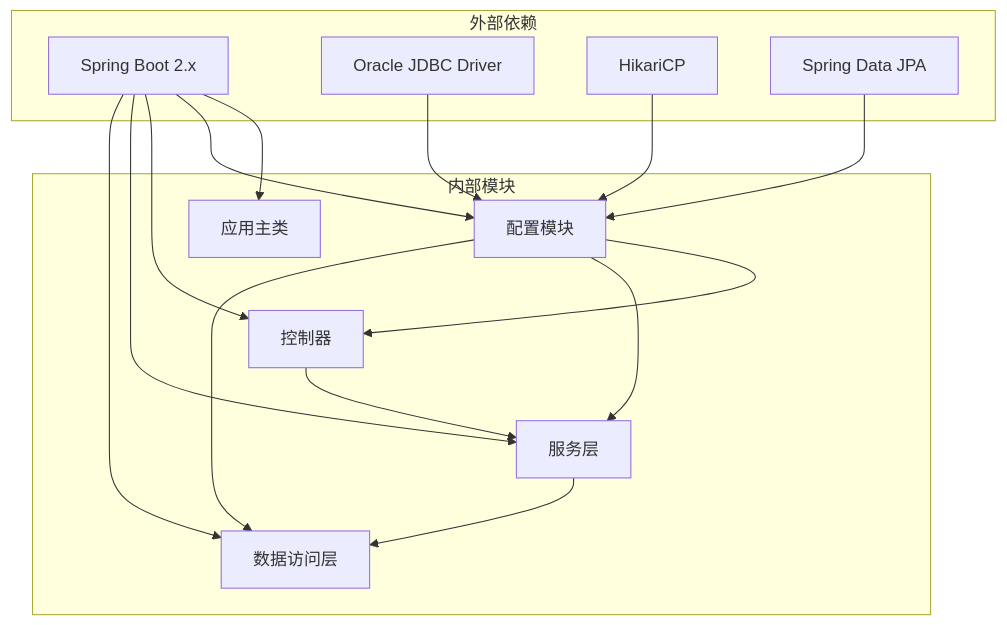
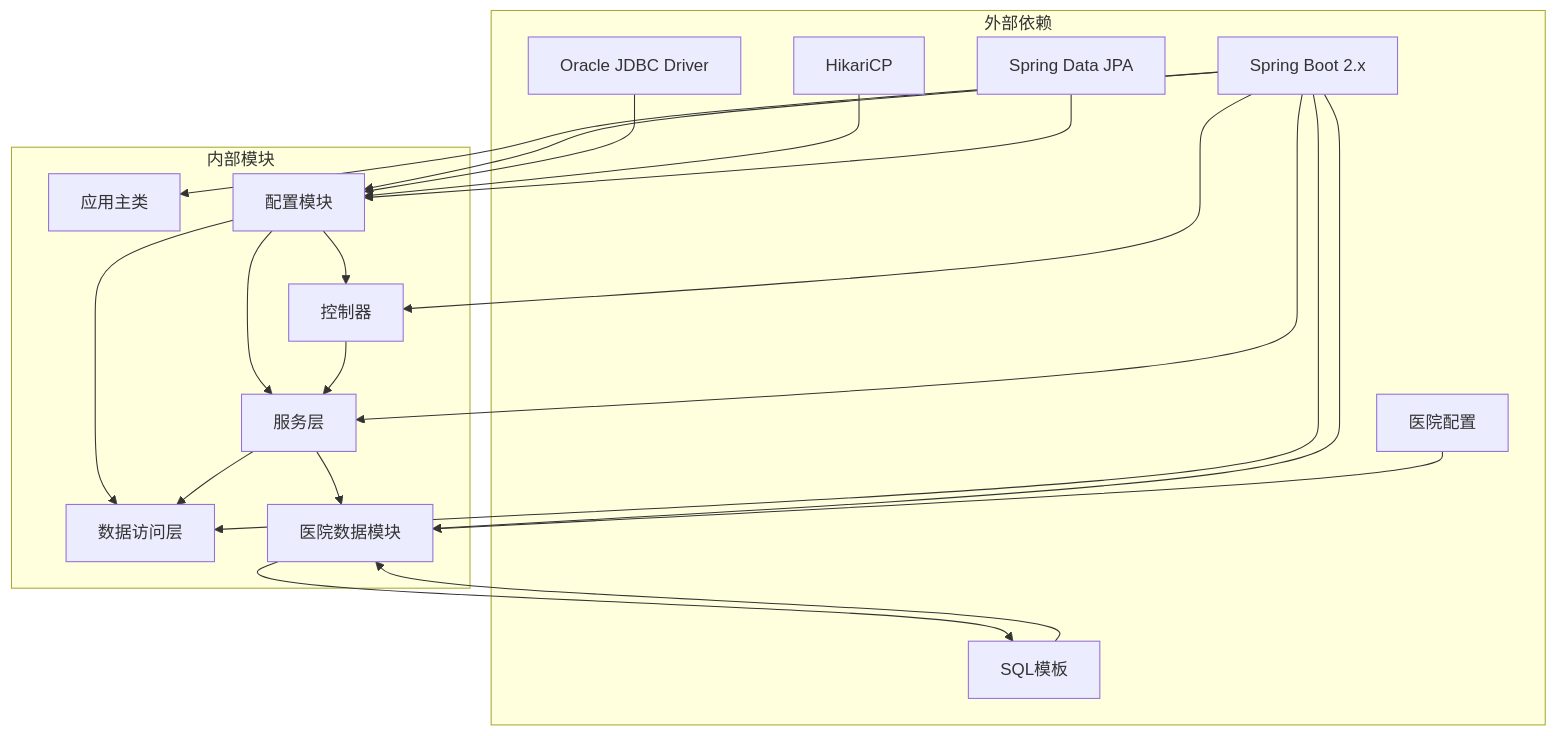
Before and after one commit to liuzh2008/med_ai_assistant_workspace: the ninth of 9 diagrams in .qoder/repowiki/zh/content/核心功能模块/患者数据管理系统.md, drawn with Mermaid. The commit also changed other lines of this file and 2 other files, not shown here.

````diff
--- a/.qoder/repowiki/zh/content/核心功能模块/患者数据管理系统.md
+++ b/.qoder/repowiki/zh/content/核心功能模块/患者数据管理系统.md
@@ -309,29 +488,37 @@
 ```mermaid
 graph TB
 subgraph "外部依赖"
 SpringBoot[Spring Boot 2.x]
 Oracle[Oracle JDBC Driver]
 Hikari[HikariCP]
 JPA[Spring Data JPA]
+HospitalConfig[医院配置]
+SqlTemplate[SQL模板]
 end
 subgraph "内部模块"
 App[应用主类]
 Config[配置模块]
 Controller[控制器]
 Service[服务层]
 Repository[数据访问层]
+HospitalModule[医院数据模块]
 end
 SpringBoot --> App
 SpringBoot --> Config
 SpringBoot --> Controller
 SpringBoot --> Service
 SpringBoot --> Repository
+SpringBoot --> HospitalModule
 Oracle --> Config
 Hikari --> Config
 JPA --> Config
+HospitalConfig --> HospitalModule
+SqlTemplate --> HospitalModule
 Config --> Controller
 Config --> Service
 Config --> Repository
 Controller --> Service
 Service --> Repository
+Service --> HospitalModule
+HospitalModule --> SqlTemplate
 ```
````
